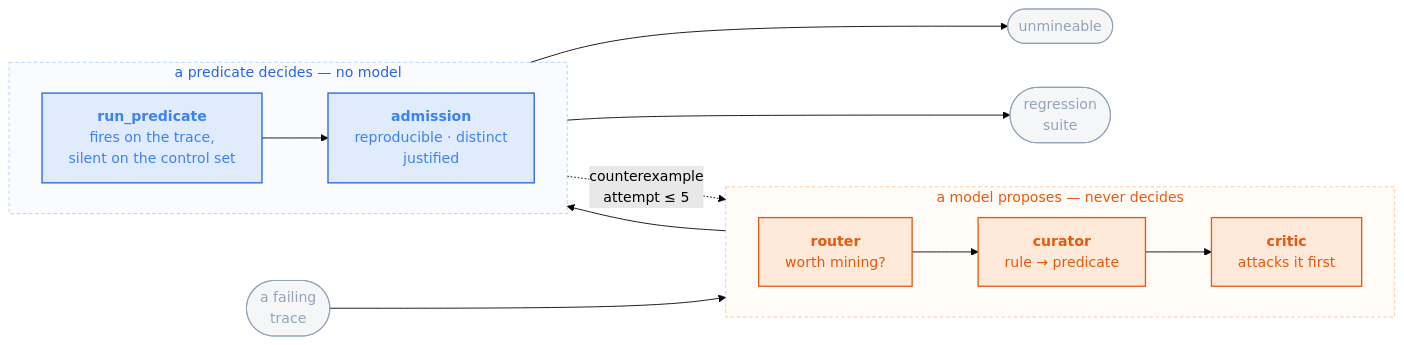
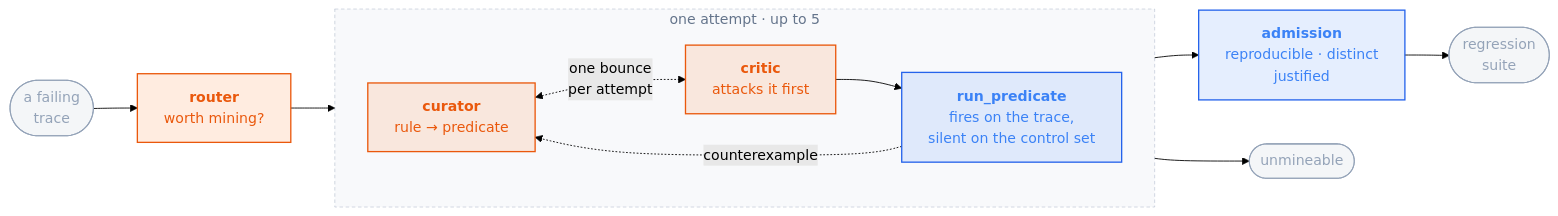
The diagram in README.md (sandeepyadav1478/touchstone), drawn with Mermaid (forest theme) before and after one commit. The commit also changed other lines of this file, not shown here.

First paragraph of the commit message:
Redraw the README loop from the .eraser, not from the prose about it
The flowchart drew curator -> critic -> run_predicate one-way, which makes
the critic advisory. D-082 §C2 was written four days ago naming that exact
defect, and the drawing reproduced it anyway.

````diff
--- a/README.md
+++ b/README.md
@@ -76,29 +76,24 @@
 ```mermaid
 flowchart LR
-  T(["a failing<br/>trace"]) --> R
+  T(["a failing<br/>trace"]) --> R["<b>router</b><br/>worth mining?"]
+  R --> CU
 
-  subgraph PROPOSE[" &nbsp; a model proposes — never decides &nbsp; "]
+  subgraph ATTEMPT[" &nbsp; one attempt · up to 5 &nbsp; "]
     direction LR
-    R["<b>router</b><br/>worth mining?"] --> CU["<b>curator</b><br/>rule → predicate"] --> CR["<b>critic</b><br/>attacks it first"]
+    CU["<b>curator</b><br/>rule → predicate"] <-. "one bounce<br/>per attempt" .-> CR["<b>critic</b><br/>attacks it first"]
+    CR --> RP["<b>run_predicate</b><br/>fires on the trace,<br/>silent on the control set"]
+    RP -. counterexample .-> CU
   end
 
-  CR --> RP
-
-  subgraph DECIDE[" &nbsp; a predicate decides — no model &nbsp; "]
-    direction LR
-    RP["<b>run_predicate</b><br/>fires on the trace,<br/>silent on the control set"] --> AD["<b>admission</b><br/>reproducible · distinct<br/>justified"]
-  end
-
-  RP -. "counterexample<br/>attempt ≤ 5" .-> CU
+  RP --> AD["<b>admission</b><br/>reproducible · distinct<br/>justified"]
   RP --> U(["unmineable"])
   AD --> S(["regression<br/>suite"])
 
   classDef m fill:#f9731622,stroke:#ea580c,stroke-width:1.5px,color:#ea580c
   classDef d fill:#3b82f622,stroke:#2563eb,stroke-width:1.5px,color:#3b82f6
   classDef io fill:#94a3b81a,stroke:#94a3b8,stroke-width:1.2px,color:#94a3b8
   class R,CU,CR m
   class RP,AD d
   class T,S,U io
-  style PROPOSE fill:#f9731608,stroke:#fb923c88,stroke-dasharray:4 3,color:#ea580c
-  style DECIDE fill:#3b82f608,stroke:#60a5fa88,stroke-dasharray:4 3,color:#2563eb
+  style ATTEMPT fill:#94a3b810,stroke:#94a3b877,stroke-dasharray:4 3,color:#64748b
 ```
````
